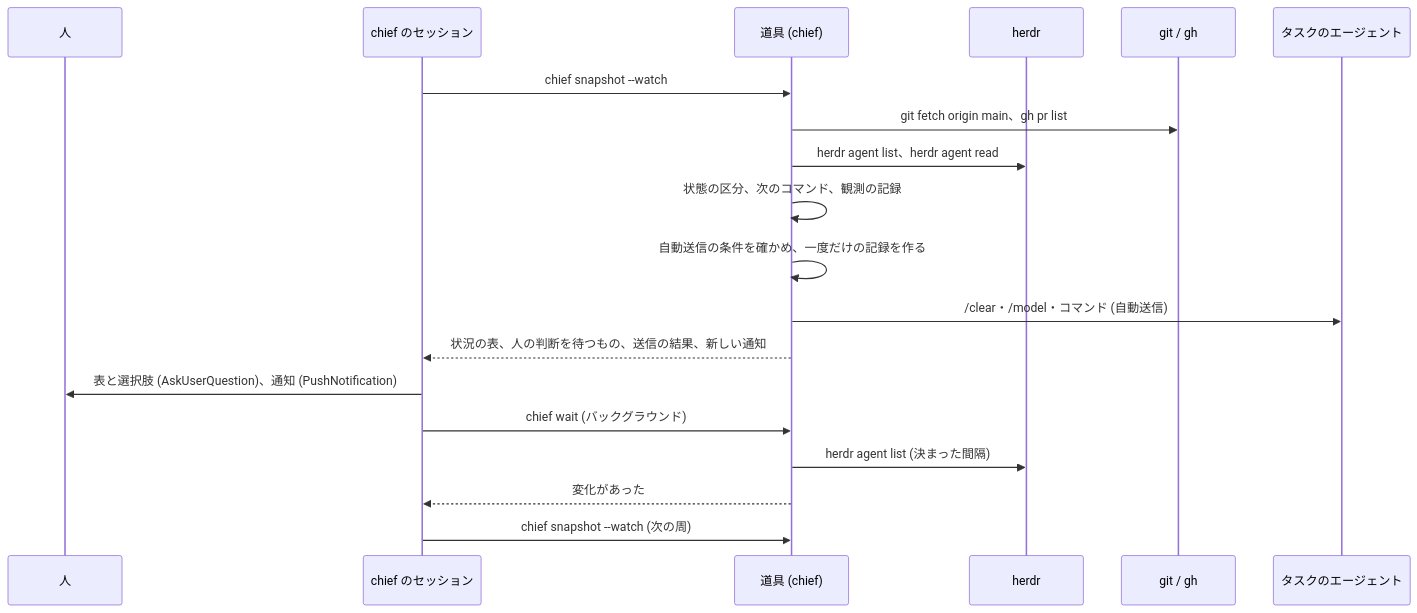
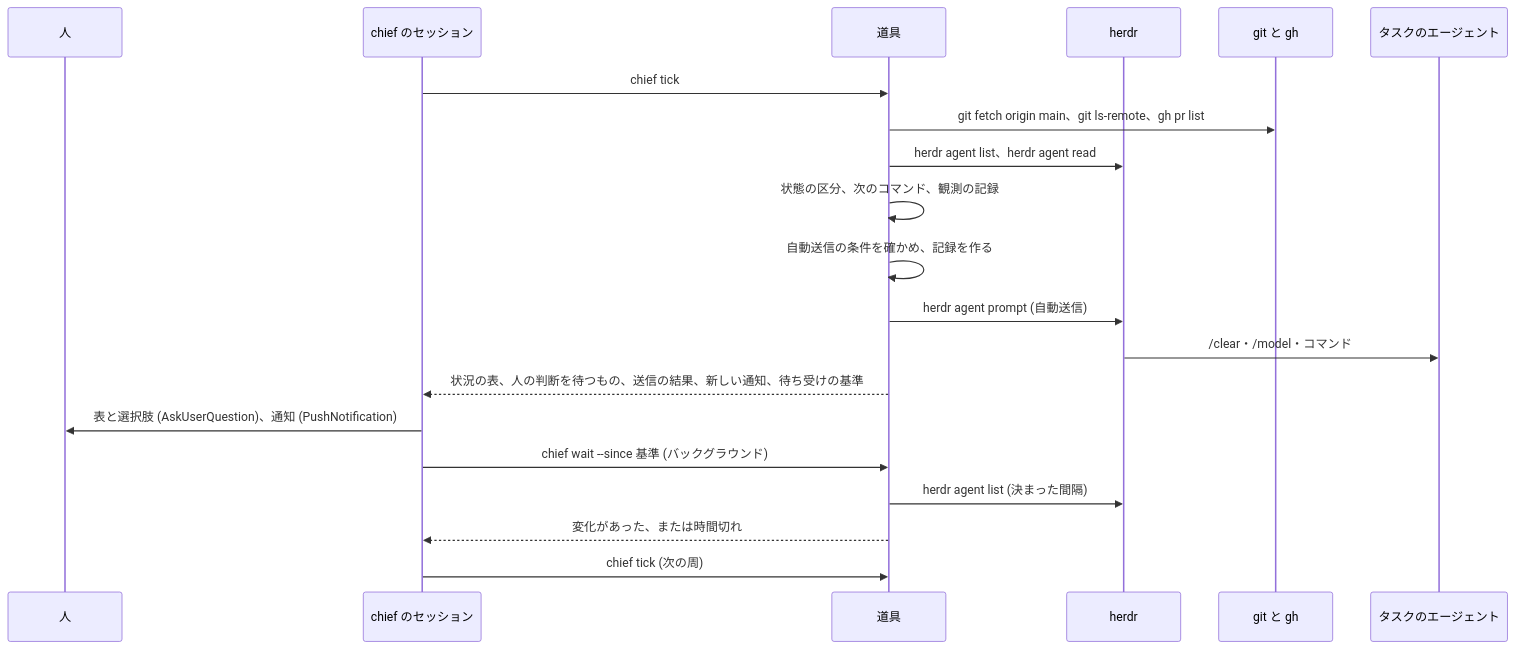
Before and after one commit to isseis/yt2column: the third of 6 diagrams in docs/tasks/0088_chief_of_staff/02_architecture.md, drawn with Mermaid. The commit also changed other lines of this file and 2 other files, not shown here.

````diff
--- a/docs/tasks/0088_chief_of_staff/02_architecture.md
+++ b/docs/tasks/0088_chief_of_staff/02_architecture.md
@@ -193,22 +210,23 @@
 ```mermaid
 sequenceDiagram
     participant H as 人
     participant S as chief のセッション
-    participant T as 道具 (chief)
+    participant T as 道具
     participant HD as herdr
-    participant GH as git / gh
+    participant GG as git と gh
     participant P as タスクのエージェント
 
-    S->>T: chief snapshot --watch
-    T->>GH: git fetch origin main、gh pr list
+    S->>T: chief tick
+    T->>GG: git fetch origin main、git ls-remote、gh pr list
     T->>HD: herdr agent list、herdr agent read
     T->>T: 状態の区分、次のコマンド、観測の記録
-    T->>T: 自動送信の条件を確かめ、一度だけの記録を作る
-    T->>P: /clear・/model・コマンド (自動送信)
-    T-->>S: 状況の表、人の判断を待つもの、送信の結果、新しい通知
+    T->>T: 自動送信の条件を確かめ、記録を作る
+    T->>HD: herdr agent prompt (自動送信)
+    HD->>P: /clear・/model・コマンド
+    T-->>S: 状況の表、人の判断を待つもの、送信の結果、新しい通知、待ち受けの基準
     S->>H: 表と選択肢 (AskUserQuestion)、通知 (PushNotification)
-    S->>T: chief wait (バックグラウンド)
+    S->>T: chief wait --since 基準 (バックグラウンド)
     T->>HD: herdr agent list (決まった間隔)
-    T-->>S: 変化があった
-    S->>T: chief snapshot --watch (次の周)
+    T-->>S: 変化があった、または時間切れ
+    S->>T: chief tick (次の周)
 ```
````
